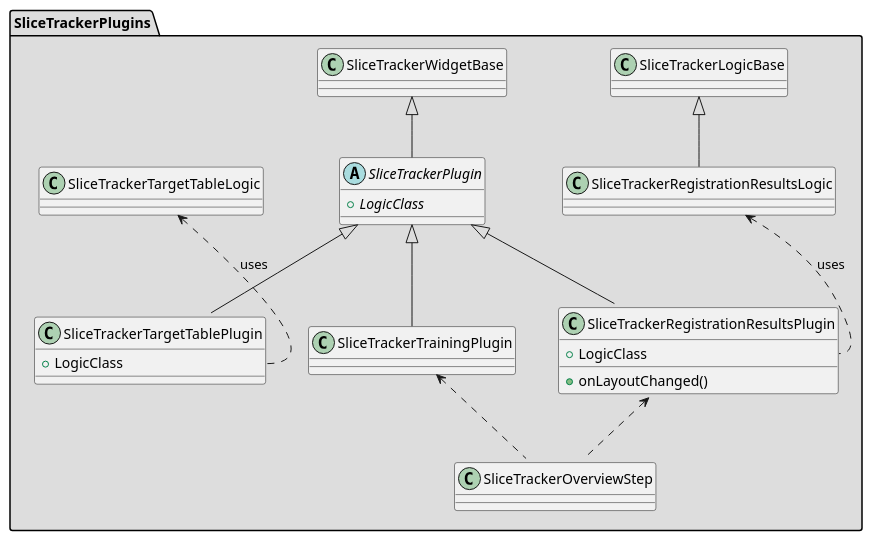
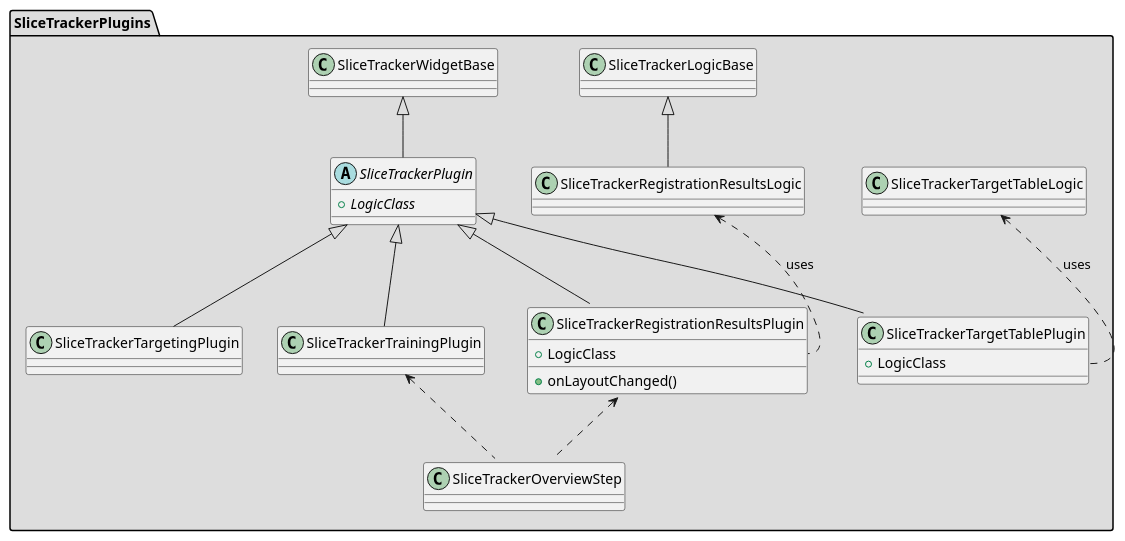
One commit to SlicerProstate/SliceTracker changed the diagram in puml/SliceTrackerPlugins.puml. Above: the diagram before and after it, drawn with PlantUML. The commit also changed 2 other files, not shown here.

```diff
--- a/puml/SliceTrackerPlugins.puml
+++ b/puml/SliceTrackerPlugins.puml
@@ -1,45 +1,44 @@
 @startuml
 
 package "SliceTrackerPlugins" #DDDDDD {
 
   abstract class SliceTrackerPlugin {
     + {abstract} LogicClass
   }
 
   SliceTrackerWidgetBase <|-- SliceTrackerPlugin
 
   class SliceTrackerTrainingPlugin {
   }
 
   class SliceTrackerRegistrationResultsPlugin {
     + LogicClass
     + onLayoutChanged()
   }
 
   class SliceTrackerRegistrationResultsLogic
 
   class SliceTrackerTargetTablePlugin {
     + LogicClass
   }
 
   class SliceTrackerTargetTableLogic {
   }
 
 
   SliceTrackerPlugin <|-- SliceTrackerTrainingPlugin
   SliceTrackerPlugin <|-- SliceTrackerRegistrationResultsPlugin
   SliceTrackerPlugin <|-- SliceTrackerTargetTablePlugin
+  SliceTrackerPlugin <|-- SliceTrackerTargetingPlugin
 
 
   SliceTrackerTrainingPlugin <.. SliceTrackerOverviewStep::trainingPlugin
 
   SliceTrackerRegistrationResultsPlugin <.. SliceTrackerOverviewStep::regResultPlugin
   SliceTrackerLogicBase <|-- SliceTrackerRegistrationResultsLogic
   SliceTrackerRegistrationResultsLogic <.. SliceTrackerRegistrationResultsPlugin::LogicClass: uses
 
   SliceTrackerTargetTableLogic <.. SliceTrackerTargetTablePlugin::LogicClass: uses
-
-
 }
 
 @enduml
```
